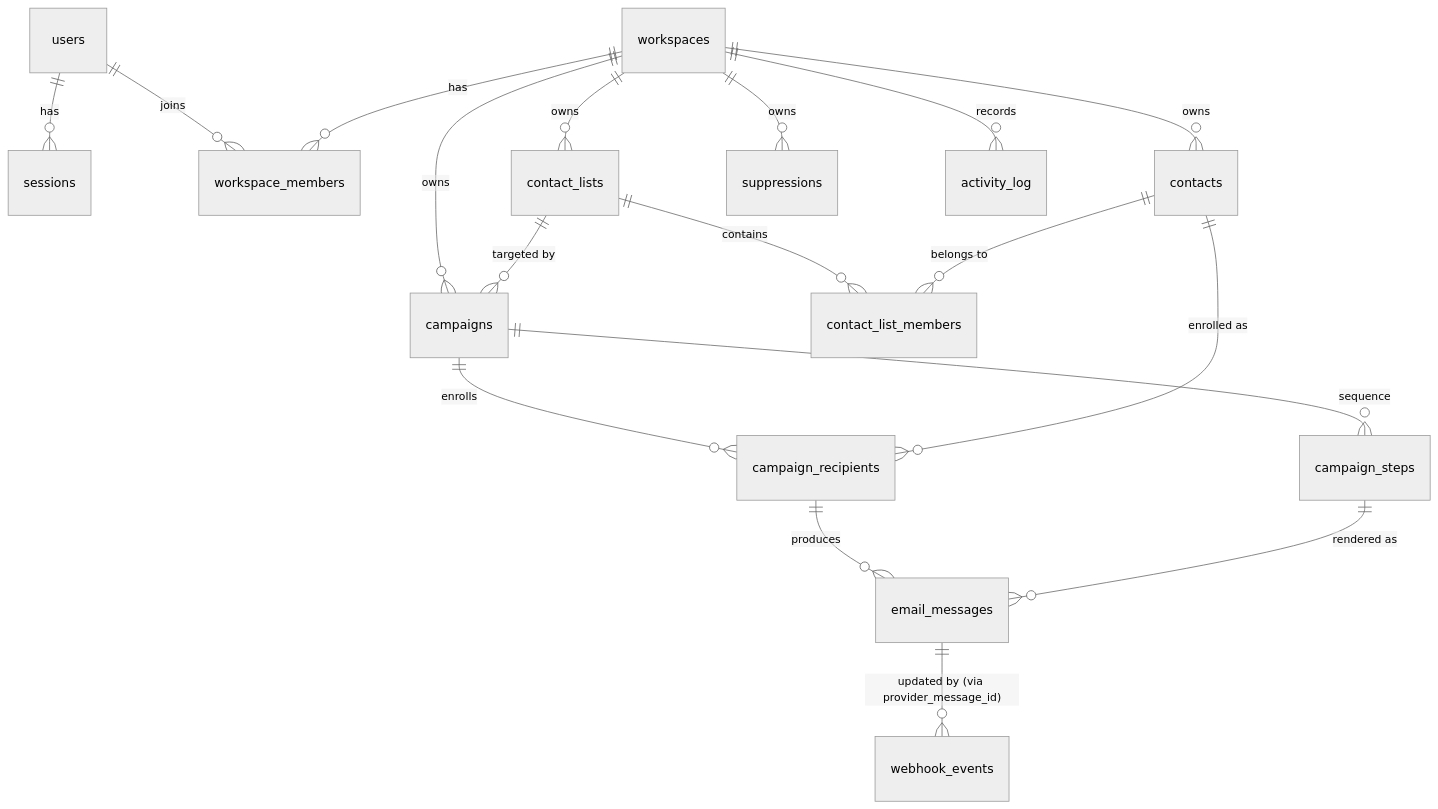
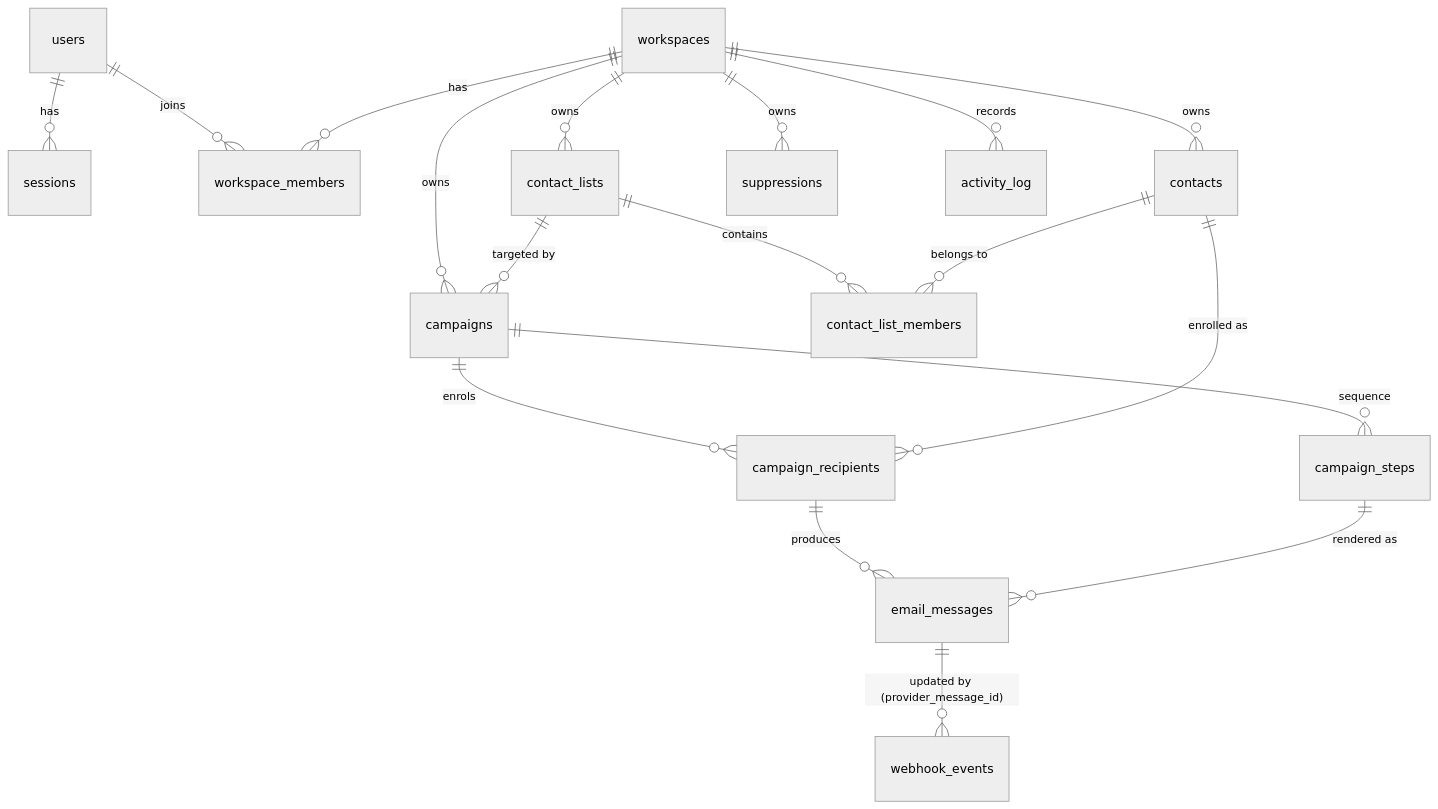
Before and after one commit to Ayush-o1/Cadentra: the diagram in docs/DATABASE_DESIGN.md, drawn with Mermaid (neutral theme). The commit also changed other lines of this file and 18 other files, not shown here.

````diff
--- a/docs/DATABASE_DESIGN.md
+++ b/docs/DATABASE_DESIGN.md
@@ -37,20 +35,20 @@
 ```mermaid
 erDiagram
   users ||--o{ sessions : has
   users ||--o{ workspace_members : joins
   workspaces ||--o{ workspace_members : has
   workspaces ||--o{ contacts : owns
   workspaces ||--o{ contact_lists : owns
   workspaces ||--o{ suppressions : owns
   workspaces ||--o{ campaigns : owns
   workspaces ||--o{ activity_log : records
   contact_lists ||--o{ contact_list_members : contains
   contacts ||--o{ contact_list_members : "belongs to"
   contact_lists ||--o{ campaigns : "targeted by"
   campaigns ||--o{ campaign_steps : sequence
-  campaigns ||--o{ campaign_recipients : enrolls
+  campaigns ||--o{ campaign_recipients : enrols
   contacts ||--o{ campaign_recipients : "enrolled as"
   campaign_recipients ||--o{ email_messages : produces
   campaign_steps ||--o{ email_messages : "rendered as"
-  email_messages ||--o{ webhook_events : "updated by (via provider_message_id)"
+  email_messages ||--o{ webhook_events : "updated by (provider_message_id)"
 ```
````
